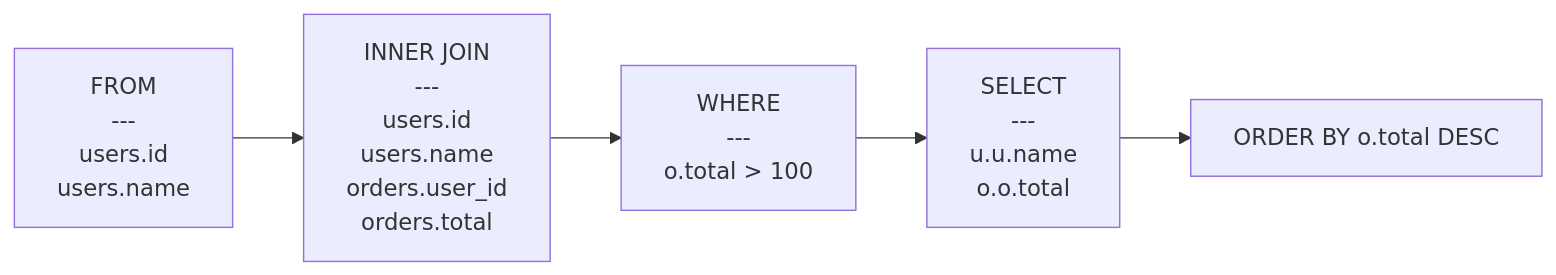
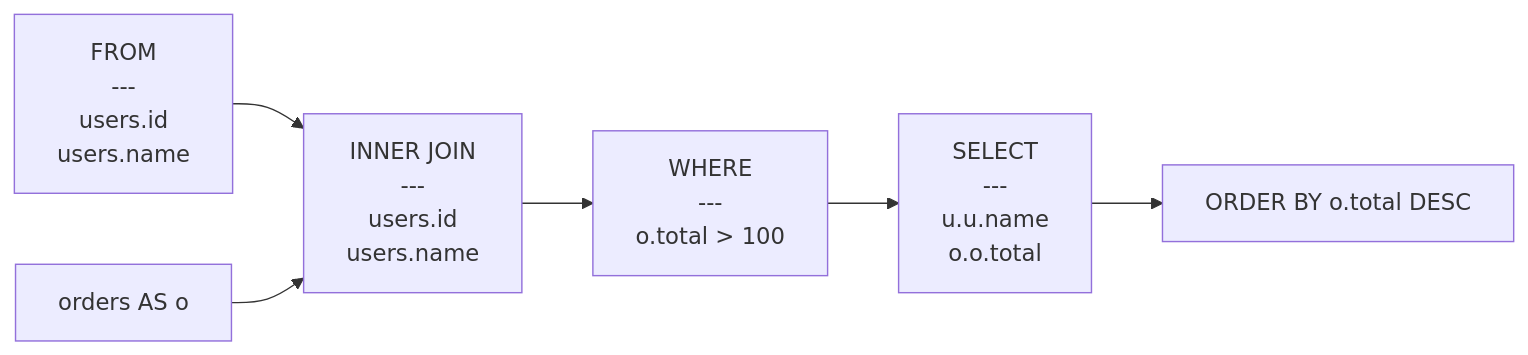
The diagram in examples/join.mmd (rot1024/sqloflow), drawn with Mermaid before and after one commit. The commit also changed 47 other files, not shown here.

```diff
--- a/examples/join.mmd
+++ b/examples/join.mmd
@@ -1,10 +1,12 @@
 flowchart LR
     node_0["FROM<br/>---<br/>users.id<br/>users.name"]
-    node_1["INNER JOIN<br/>---<br/>users.id<br/>users.name<br/>orders.user_id<br/>orders.total"]
-    node_2["WHERE<br/>---<br/>o.total &gt; 100"]
-    node_3["SELECT<br/>---<br/>u.u.name<br/>o.o.total"]
-    node_4["ORDER BY o.total DESC"]
-    node_0 --> node_1
+    node_1[orders AS o]
+    node_2["INNER JOIN<br/>---<br/>users.id<br/>users.name"]
+    node_3["WHERE<br/>---<br/>o.total &gt; 100"]
+    node_4["SELECT<br/>---<br/>u.u.name<br/>o.o.total"]
+    node_5["ORDER BY o.total DESC"]
+    node_0 --> node_2
     node_1 --> node_2
     node_2 --> node_3
     node_3 --> node_4
+    node_4 --> node_5
```
